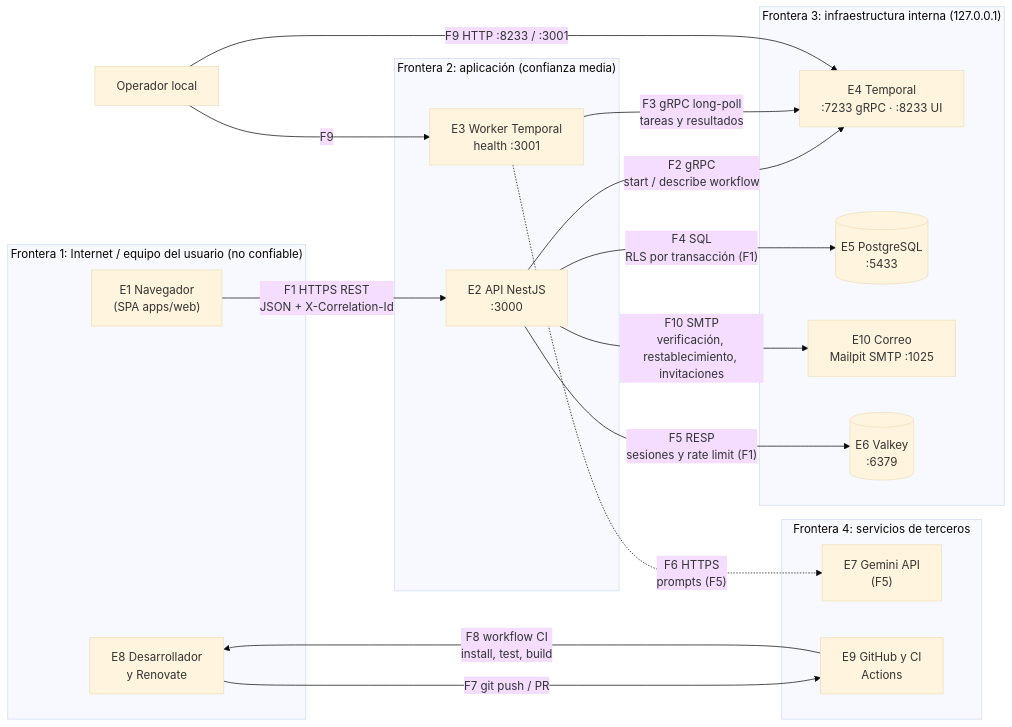
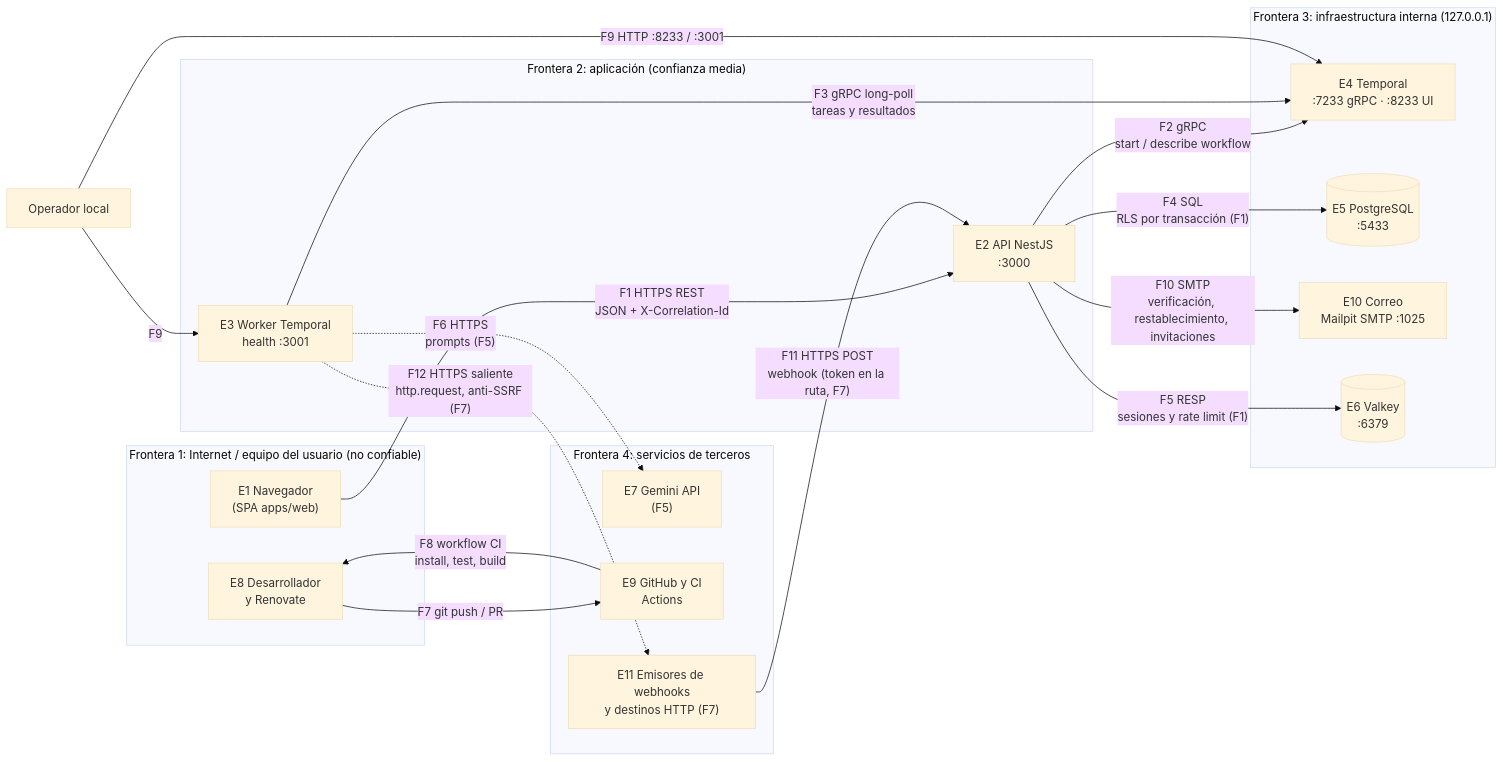
One commit to devanthony92/cognitive-dag changed the diagram in docs/threat-model.md. Above: the diagram before and after it, drawn with Mermaid (base theme). The commit also changed other lines of this file and 2 other files, not shown here.

````diff
--- a/docs/threat-model.md
+++ b/docs/threat-model.md
@@ -28,36 +28,39 @@
 ```mermaid
 flowchart LR
     subgraph TB1["Frontera 1: Internet / equipo del usuario (no confiable)"]
         BR["E1 Navegador<br/>(SPA apps/web)"]
         DEV["E8 Desarrollador<br/>y Renovate"]
     end
 
     subgraph TB2["Frontera 2: aplicación (confianza media)"]
         API["E2 API NestJS<br/>:3000"]
         WK["E3 Worker Temporal<br/>health :3001"]
     end
 
     subgraph TB3["Frontera 3: infraestructura interna (127.0.0.1)"]
         TMP["E4 Temporal<br/>:7233 gRPC · :8233 UI"]
         PG[("E5 PostgreSQL<br/>:5433")]
         ML["E10 Correo<br/>Mailpit SMTP :1025"]
         VK[("E6 Valkey<br/>:6379")]
     end
 
     subgraph TB4["Frontera 4: servicios de terceros"]
         GEM["E7 Gemini API<br/>(F5)"]
         GH["E9 GitHub y CI<br/>Actions"]
+        EXT["E11 Emisores de webhooks<br/>y destinos HTTP (F7)"]
     end
 
     BR -- "F1 HTTPS REST<br/>JSON + X-Correlation-Id" --> API
     API -- "F2 gRPC<br/>start / describe workflow" --> TMP
     WK -- "F3 gRPC long-poll<br/>tareas y resultados" --> TMP
     API -- "F4 SQL<br/>RLS por transacción (F1)" --> PG
     API -- "F5 RESP<br/>sesiones y rate limit (F1)" --> VK
     API -- "F10 SMTP<br/>verificación, restablecimiento, invitaciones" --> ML
     WK -. "F6 HTTPS<br/>prompts (F5)" .-> GEM
+    EXT -- "F11 HTTPS POST<br/>webhook (token en la ruta, F7)" --> API
+    WK -. "F12 HTTPS saliente<br/>http.request, anti-SSRF (F7)" .-> EXT
     DEV -- "F7 git push / PR" --> GH
     GH -- "F8 workflow CI<br/>install, test, build" --> DEV
     OP["Operador local"] -- "F9 HTTP :8233 / :3001" --> TMP
     OP -- "F9" --> WK
 ```
````
